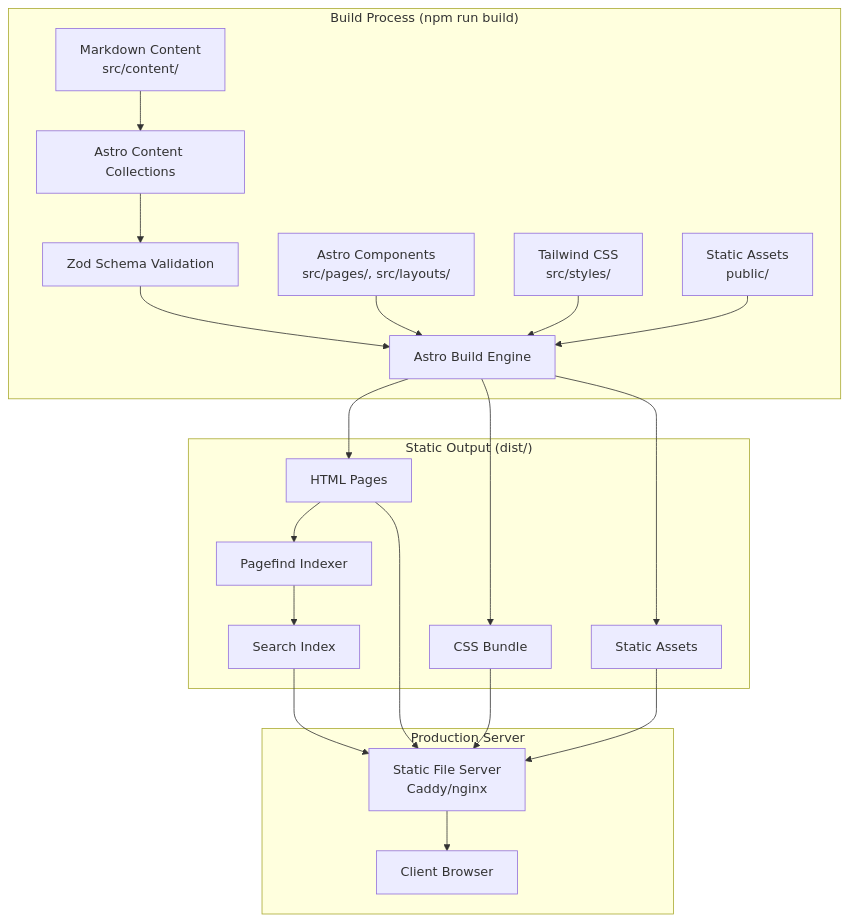
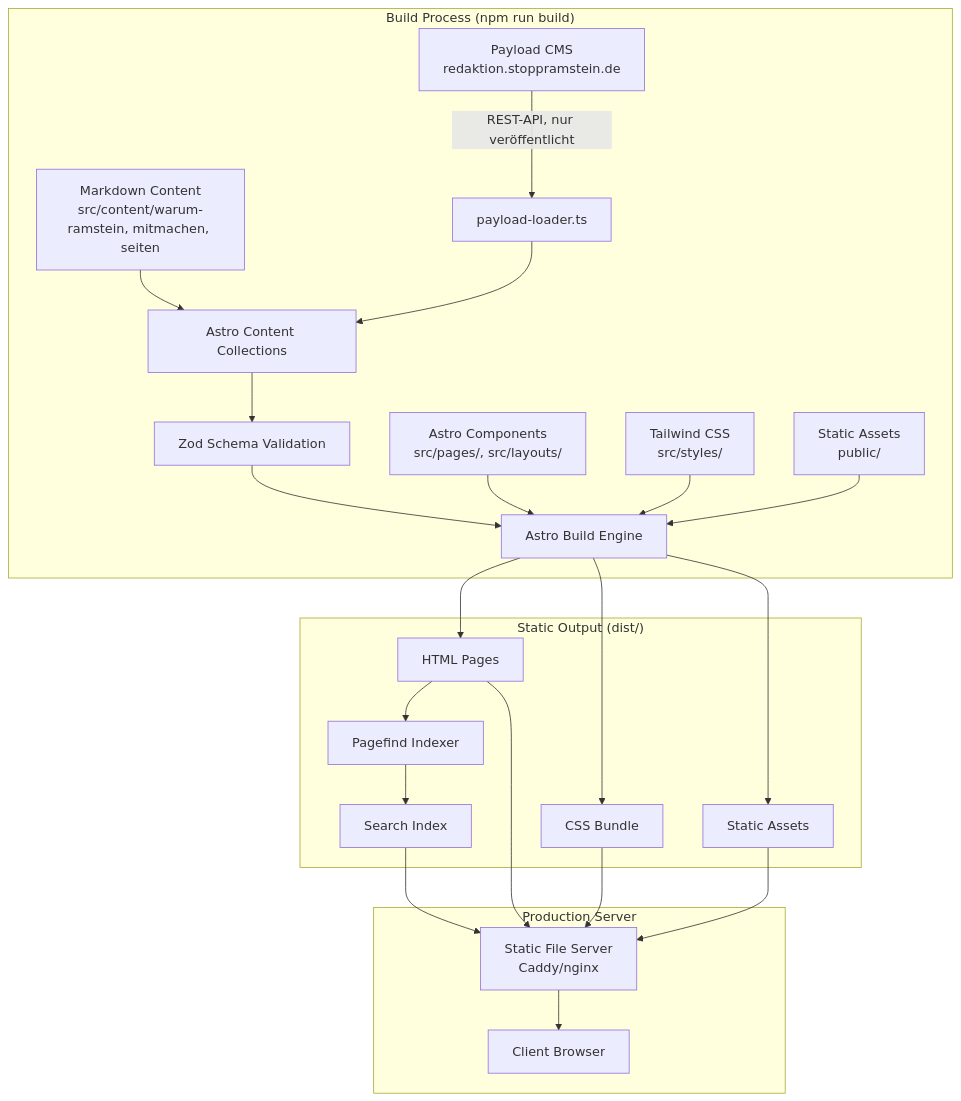
One commit to Acephali92/SAR2.0 changed the first of 5 diagrams in docs/ARCHITEKTUR.md. Above: the diagram before and after it, drawn with Mermaid. The commit also changed other lines of this file and 79 other files, not shown here.

````diff
--- a/docs/ARCHITEKTUR.md
+++ b/docs/ARCHITEKTUR.md
@@ -34,27 +37,29 @@
 ```mermaid
 flowchart TD
     subgraph BUILD["Build Process (npm run build)"]
-        A[Markdown Content<br/>src/content/] --> B[Astro Content Collections]
+        A[Markdown Content<br/>src/content/warum-ramstein, mitmachen, seiten] --> B[Astro Content Collections]
+        P[Payload CMS<br/>redaktion.stoppramstein.de] -->|REST-API, nur veröffentlicht| PL[payload-loader.ts]
+        PL --> B
         B --> C[Zod Schema Validation]
         C --> D[Astro Build Engine]
         E[Astro Components<br/>src/pages/, src/layouts/] --> D
         F[Tailwind CSS<br/>src/styles/] --> D
         G[Static Assets<br/>public/] --> D
     end
 
     subgraph OUTPUT["Static Output (dist/)"]
         D --> H[HTML Pages]
         D --> I[CSS Bundle]
         D --> J[Static Assets]
         H --> K[Pagefind Indexer]
         K --> L[Search Index]
     end
 
     subgraph SERVE["Production Server"]
         H --> M[Static File Server<br/>Caddy/nginx]
         I --> M
         J --> M
         L --> M
         M --> N[Client Browser]
     end
 ```
````
